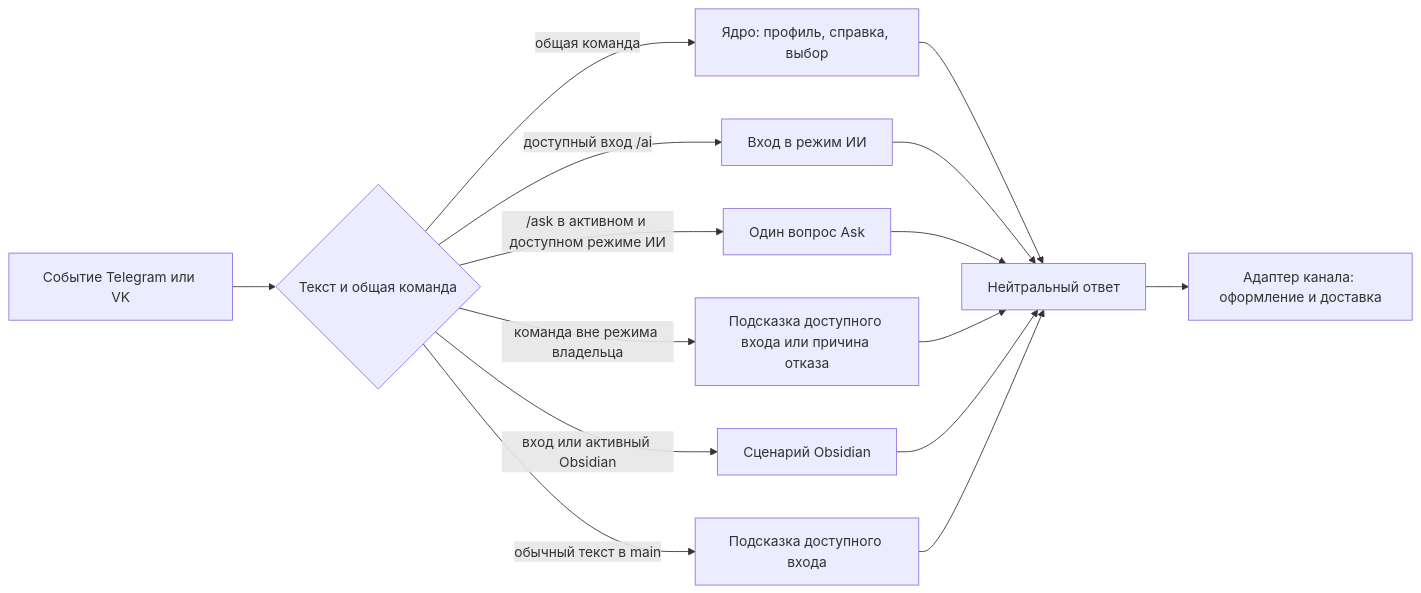
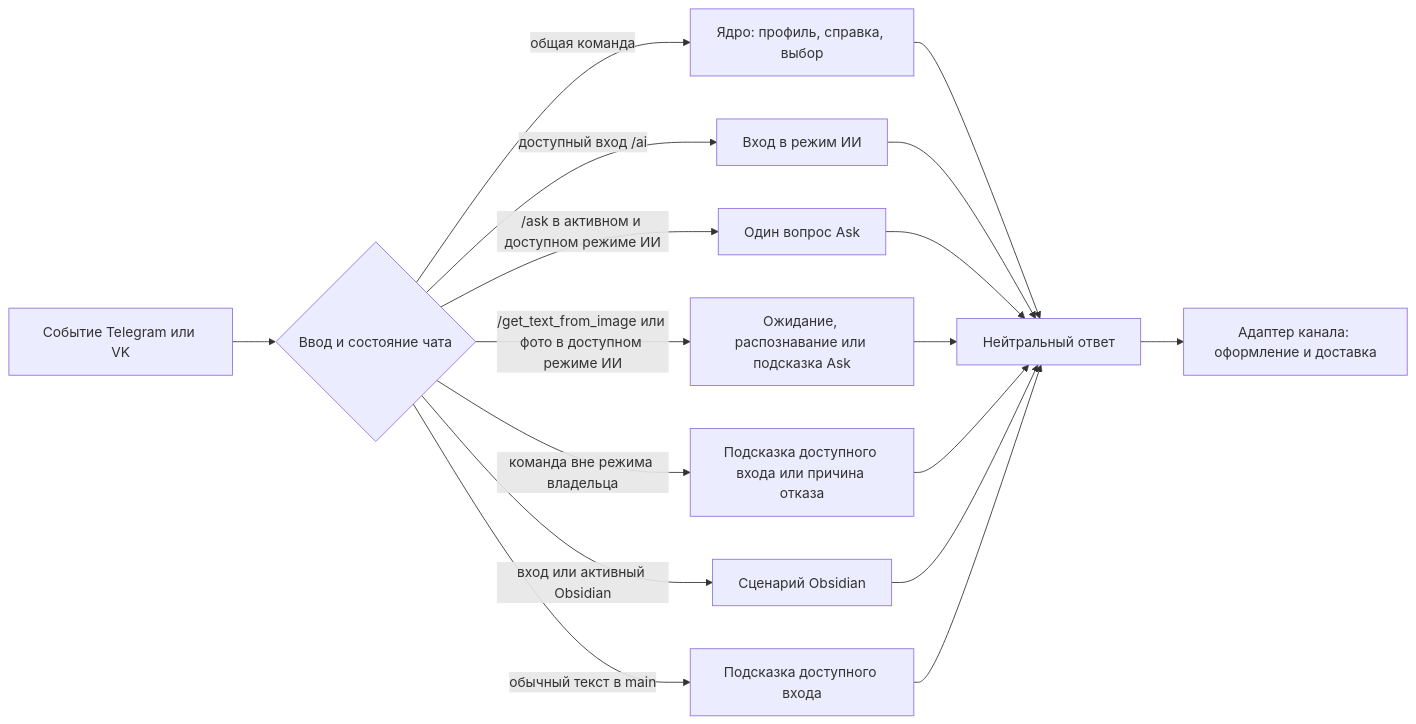
The diagram in docs/USER_MESSAGES.md (karateka-git/compadre-assistant), drawn with Mermaid before and after one commit. The commit also changed other lines of this file and 15 other files, not shown here.

Commit message:
Подключить распознавание фото в режиме ИИ

````diff
--- a/docs/USER_MESSAGES.md
+++ b/docs/USER_MESSAGES.md
@@ -18,17 +19,19 @@
 ```mermaid
 flowchart LR
-    A[Событие Telegram или VK] --> B{Текст и общая команда}
+    A[Событие Telegram или VK] --> B{Ввод и состояние чата}
     B -->|общая команда| C[Ядро: профиль, справка, выбор]
     B -->|доступный вход /ai| D[Вход в режим ИИ]
     B -->|/ask в активном и доступном режиме ИИ| I[Один вопрос Ask]
+    B -->|/get_text_from_image или фото в доступном режиме ИИ| K[Ожидание, распознавание или подсказка Ask]
     B -->|команда вне режима владельца| J[Подсказка доступного входа или причина отказа]
     B -->|вход или активный Obsidian| E[Сценарий Obsidian]
     B -->|обычный текст в main| F[Подсказка доступного входа]
     C --> G[Нейтральный ответ]
     D --> G
     I --> G
+    K --> G
     J --> G
     E --> G
     F --> G
     G --> H[Адаптер канала: оформление и доставка]
 ```
````
